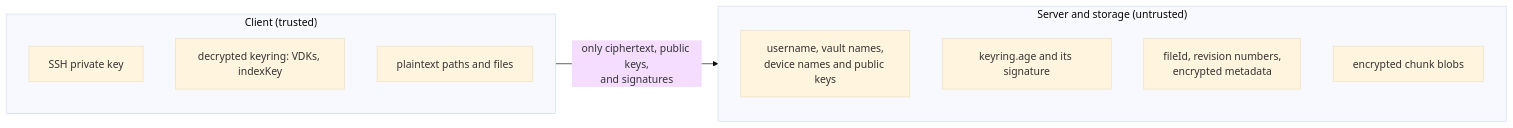
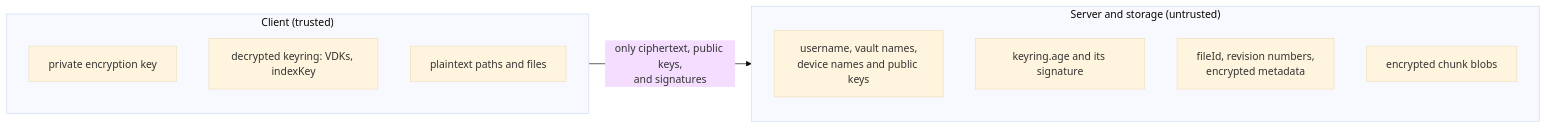
The second of 8 diagrams in docs/crypto.md (ibehren1/obsidian-vault-syncryption), drawn with Mermaid (base theme) before and after one commit. The commit also changed other lines of this file and 47 other files, not shown here.

````diff
--- a/docs/crypto.md
+++ b/docs/crypto.md
@@ -37,15 +37,15 @@
 ```mermaid
 flowchart LR
     subgraph client["Client (trusted)"]
-        c1["SSH private key"]
+        c1["private encryption key"]
         c2["decrypted keyring: VDKs, indexKey"]
         c3["plaintext paths and files"]
     end
     subgraph server["Server and storage (untrusted)"]
         s1["username, vault names,<br/>device names and public keys"]
         s2["keyring.age and its signature"]
         s3["fileId, revision numbers,<br/>encrypted metadata"]
         s4["encrypted chunk blobs"]
     end
     client -- "only ciphertext, public keys,<br/>and signatures" --> server
 ```
````
